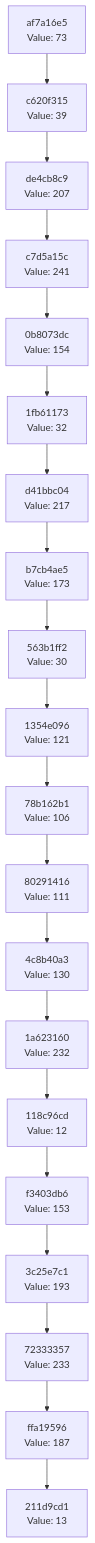
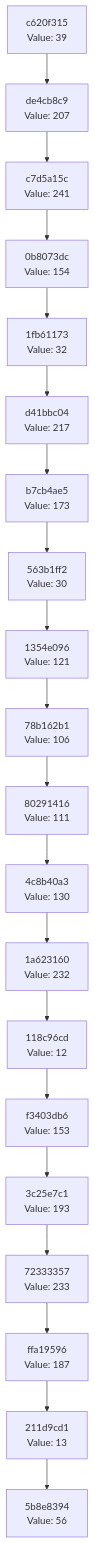
Before and after one commit to Abhisheksinha1506/hash-chain-evolver: the diagram in docs/CHAIN_VISUALIZATION.md, drawn with Mermaid. The commit also changed 3 other files, not shown here.

````diff
--- a/docs/CHAIN_VISUALIZATION.md
+++ b/docs/CHAIN_VISUALIZATION.md
@@ -3,42 +3,42 @@
 ```mermaid
 graph TD
-    C0["211d9cd1<br/>Value: 13"]
-    C1["ffa19596<br/>Value: 187"]
+    C0["5b8e8394<br/>Value: 56"]
+    C1["211d9cd1<br/>Value: 13"]
     C1 --> C0
-    C2["72333357<br/>Value: 233"]
+    C2["ffa19596<br/>Value: 187"]
     C2 --> C1
-    C3["3c25e7c1<br/>Value: 193"]
+    C3["72333357<br/>Value: 233"]
     C3 --> C2
-    C4["f3403db6<br/>Value: 153"]
+    C4["3c25e7c1<br/>Value: 193"]
     C4 --> C3
-    C5["118c96cd<br/>Value: 12"]
+    C5["f3403db6<br/>Value: 153"]
     C5 --> C4
-    C6["1a623160<br/>Value: 232"]
+    C6["118c96cd<br/>Value: 12"]
     C6 --> C5
-    C7["4c8b40a3<br/>Value: 130"]
+    C7["1a623160<br/>Value: 232"]
     C7 --> C6
-    C8["80291416<br/>Value: 111"]
+    C8["4c8b40a3<br/>Value: 130"]
     C8 --> C7
-    C9["78b162b1<br/>Value: 106"]
+    C9["80291416<br/>Value: 111"]
     C9 --> C8
-    C10["1354e096<br/>Value: 121"]
+    C10["78b162b1<br/>Value: 106"]
     C10 --> C9
-    C11["563b1ff2<br/>Value: 30"]
+    C11["1354e096<br/>Value: 121"]
     C11 --> C10
-    C12["b7cb4ae5<br/>Value: 173"]
+    C12["563b1ff2<br/>Value: 30"]
     C12 --> C11
-    C13["d41bbc04<br/>Value: 217"]
+    C13["b7cb4ae5<br/>Value: 173"]
     C13 --> C12
-    C14["1fb61173<br/>Value: 32"]
+    C14["d41bbc04<br/>Value: 217"]
     C14 --> C13
-    C15["0b8073dc<br/>Value: 154"]
+    C15["1fb61173<br/>Value: 32"]
     C15 --> C14
-    C16["c7d5a15c<br/>Value: 241"]
+    C16["0b8073dc<br/>Value: 154"]
     C16 --> C15
-    C17["de4cb8c9<br/>Value: 207"]
+    C17["c7d5a15c<br/>Value: 241"]
     C17 --> C16
-    C18["c620f315<br/>Value: 39"]
+    C18["de4cb8c9<br/>Value: 207"]
     C18 --> C17
-    C19["af7a16e5<br/>Value: 73"]
+    C19["c620f315<br/>Value: 39"]
     C19 --> C18
 ```
````
